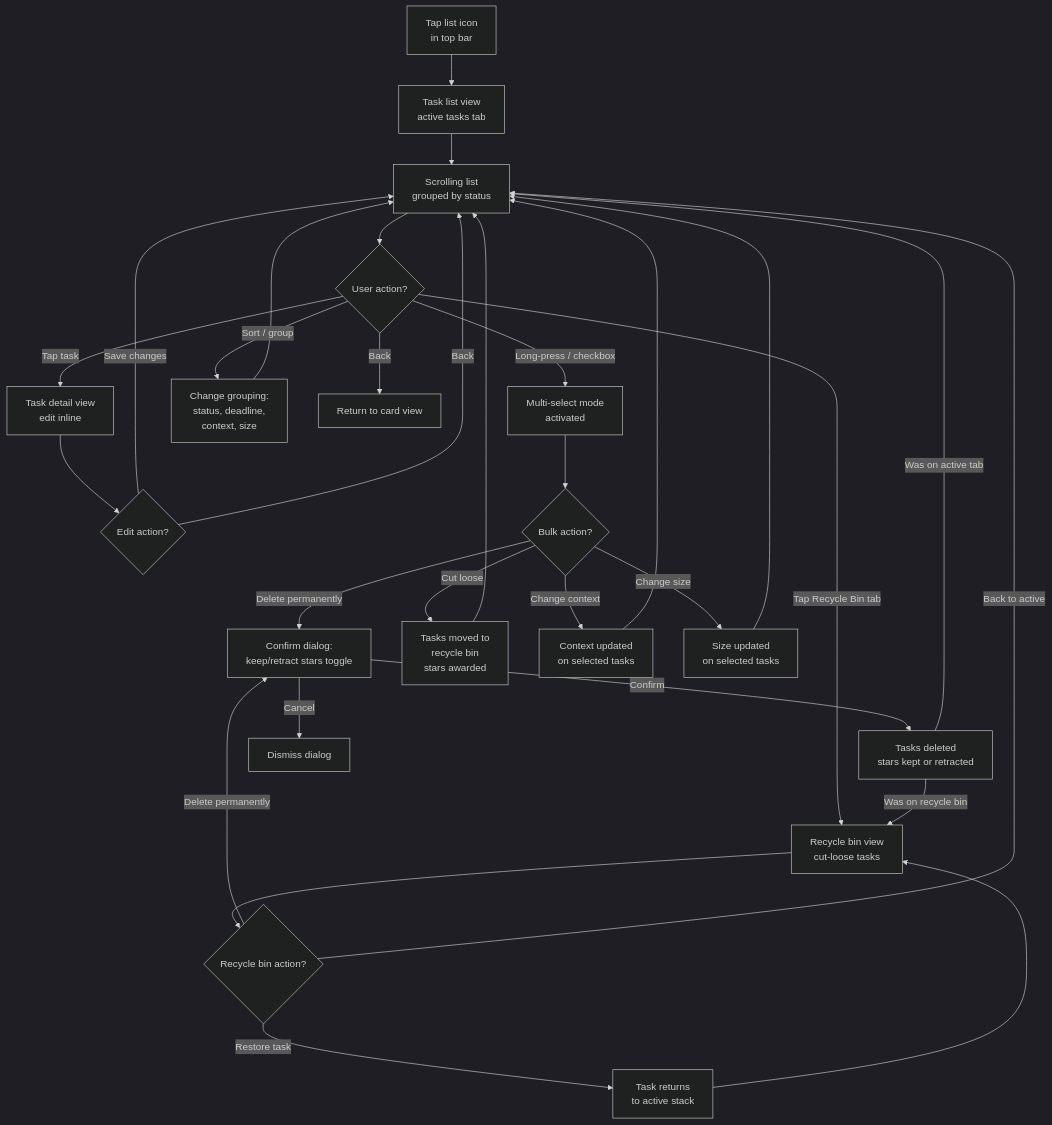
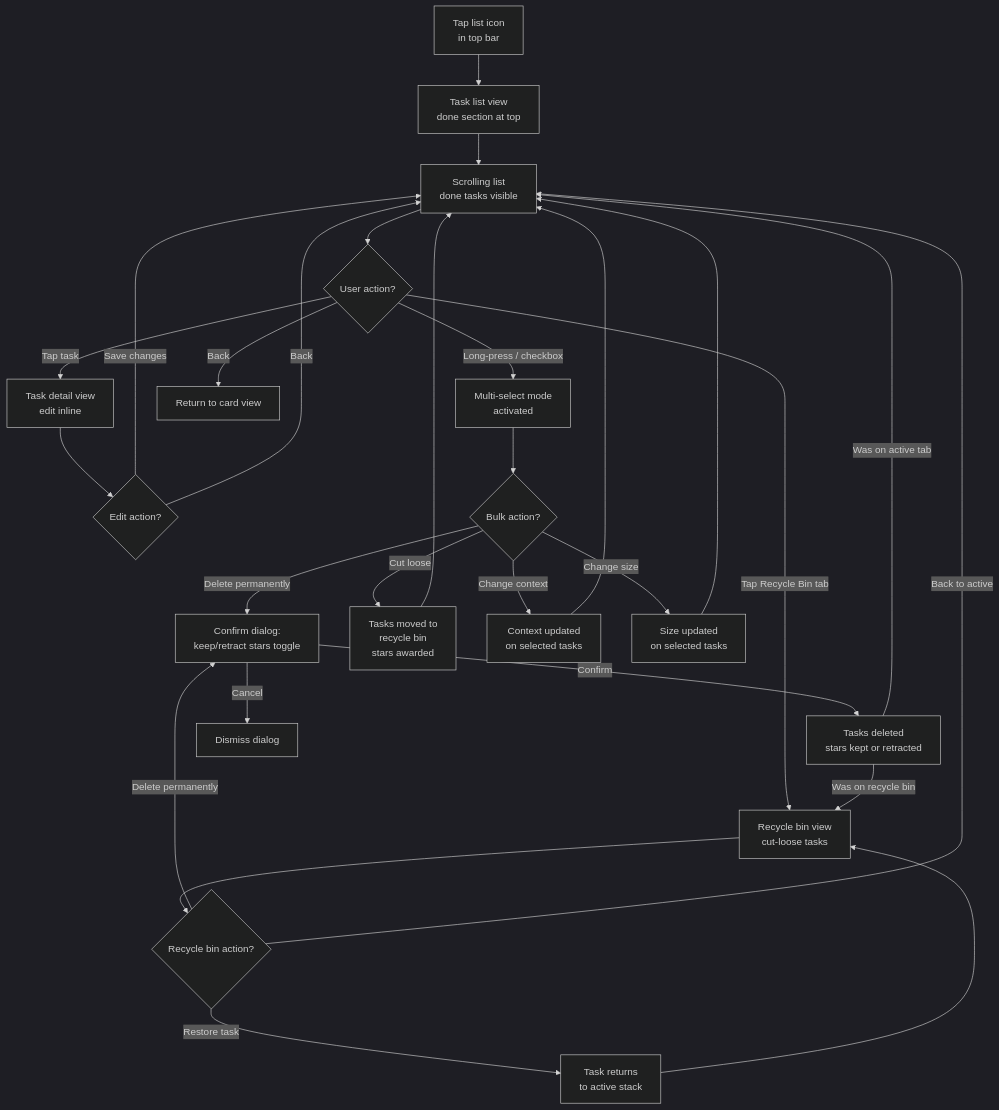
One commit to finnmerlett/one-down--expo-bmad changed the sixth of 6 diagrams in _bmad-output/planning-artifacts/ux-design-specification.md. Above: the diagram before and after it, drawn with Mermaid (dark theme). The commit also changed other lines of this file and 5 other files, not shown here.

````diff
--- a/_bmad-output/planning-artifacts/ux-design-specification.md
+++ b/_bmad-output/planning-artifacts/ux-design-specification.md
@@ -463,32 +466,30 @@
 ```mermaid
 flowchart TD
-    A["Tap list icon<br/>in top bar"] --> B["Task list view<br/>active tasks tab"]
-    B --> C["Scrolling list<br/>grouped by status"]
+    A["Tap list icon<br/>in top bar"] --> B["Task list view<br/>done section at top"]
+    B --> C["Scrolling list<br/>done tasks visible"]
     C --> D{User action?}
     D -->|Tap task| E["Task detail view<br/>edit inline"]
     D -->|Long-press / checkbox| F["Multi-select mode<br/>activated"]
-    D -->|Sort / group| G["Change grouping:<br/>status, deadline,<br/>context, size"]
     D -->|Tap Recycle Bin tab| H["Recycle bin view<br/>cut-loose tasks"]
     D -->|Back| I[Return to card view]
     E --> J{Edit action?}
     J -->|Save changes| C
     J -->|Back| C
     F --> K{Bulk action?}
     K -->|Delete permanently| L["Confirm dialog:<br/>keep/retract stars toggle"]
     K -->|Cut loose| M["Tasks moved to<br/>recycle bin<br/>stars awarded"]
     K -->|Change context| N["Context updated<br/>on selected tasks"]
     K -->|Change size| O["Size updated<br/>on selected tasks"]
     L -->|Confirm| P["Tasks deleted<br/>stars kept or retracted"]
     L -->|Cancel| X[Dismiss dialog]
     M --> C
     N --> C
     O --> C
     P -->|"Was on active tab"| C
     P -->|"Was on recycle bin"| H
-    G --> C
     H --> Q{Recycle bin action?}
     Q -->|Restore task| R["Task returns<br/>to active stack"]
     Q -->|Delete permanently| L
     Q -->|Back to active| C
     R --> H
 ```
````
